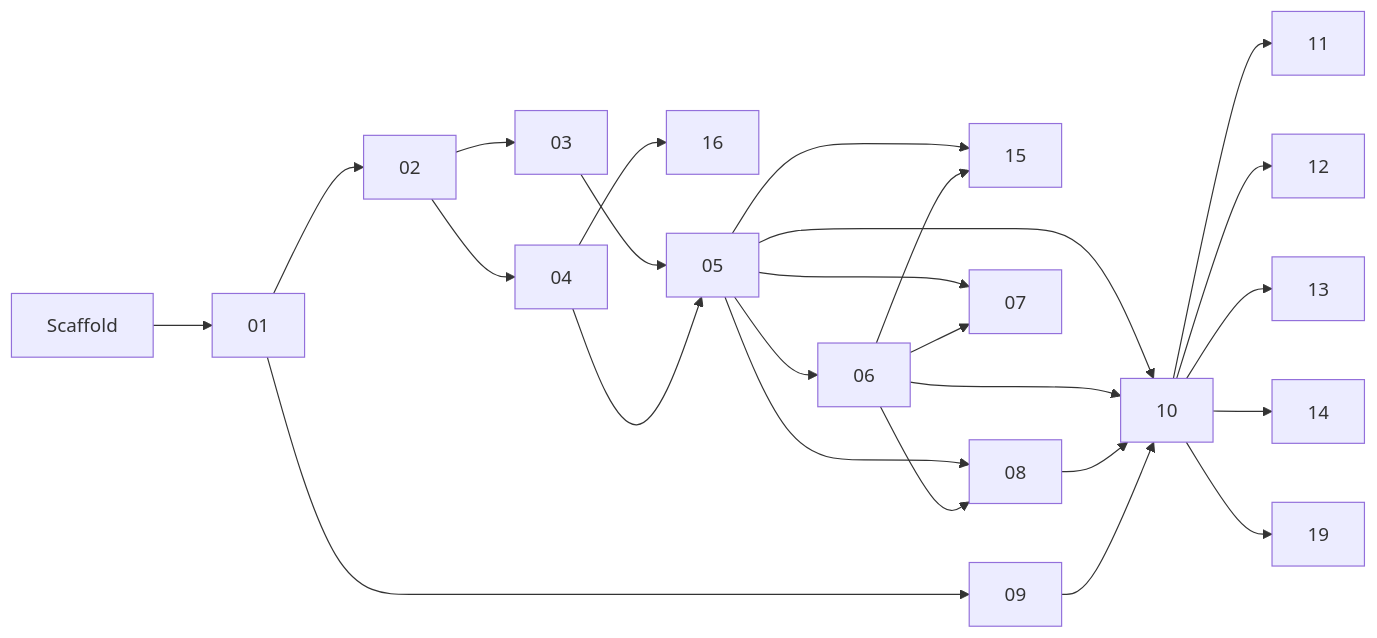
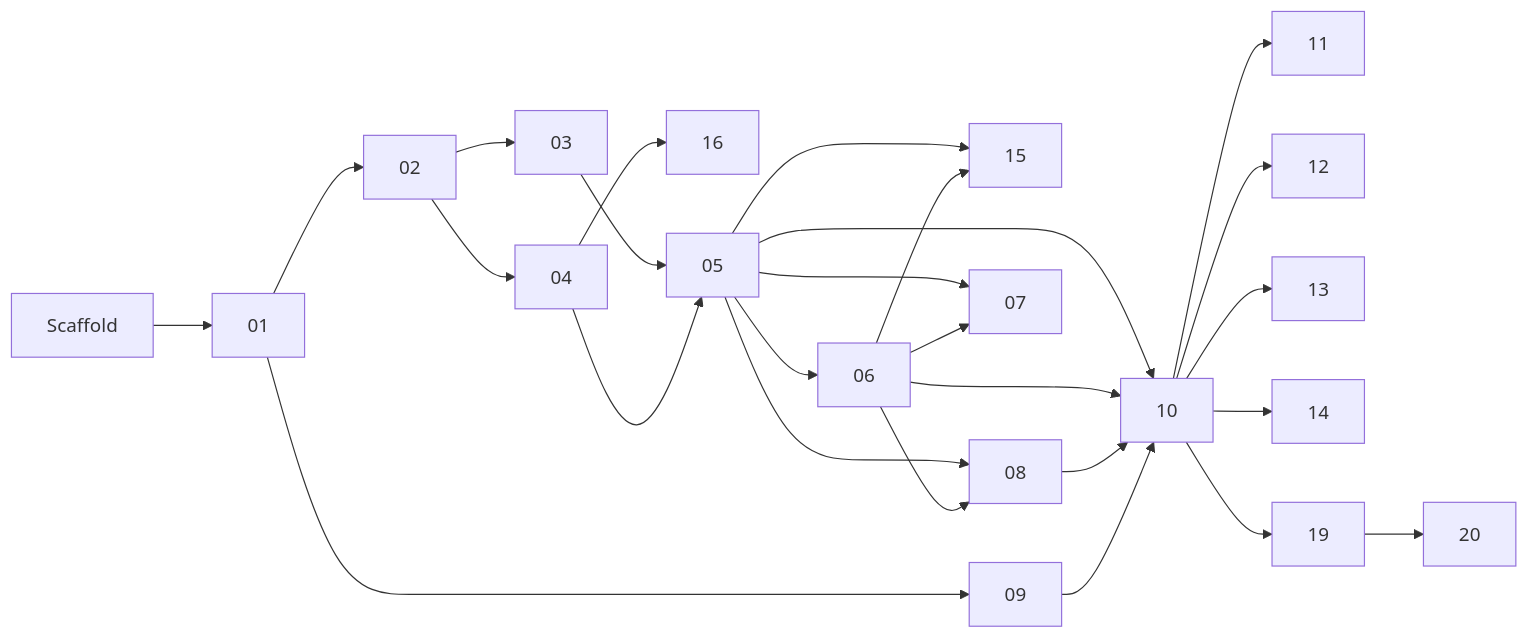
Before and after one commit to jopealgorta/physio-trainer: the diagram in docs/specs/README.md, drawn with Mermaid. The commit also changed other lines of this file and 44 other files, not shown here.

````diff
--- a/docs/specs/README.md
+++ b/docs/specs/README.md
@@ -34,12 +35,13 @@
 ```mermaid
 graph LR
   S[Scaffold] --> 01
   01 --> 02 --> 03 & 04
   01 --> 09
   03 & 04 --> 05 --> 06
   05 & 06 --> 07 & 08 & 15
   04 --> 16
   05 & 06 & 08 & 09 --> 10
   10 --> 11 & 12 & 13 & 14
   10 --> 19
+  19 --> 20
 ```
````
